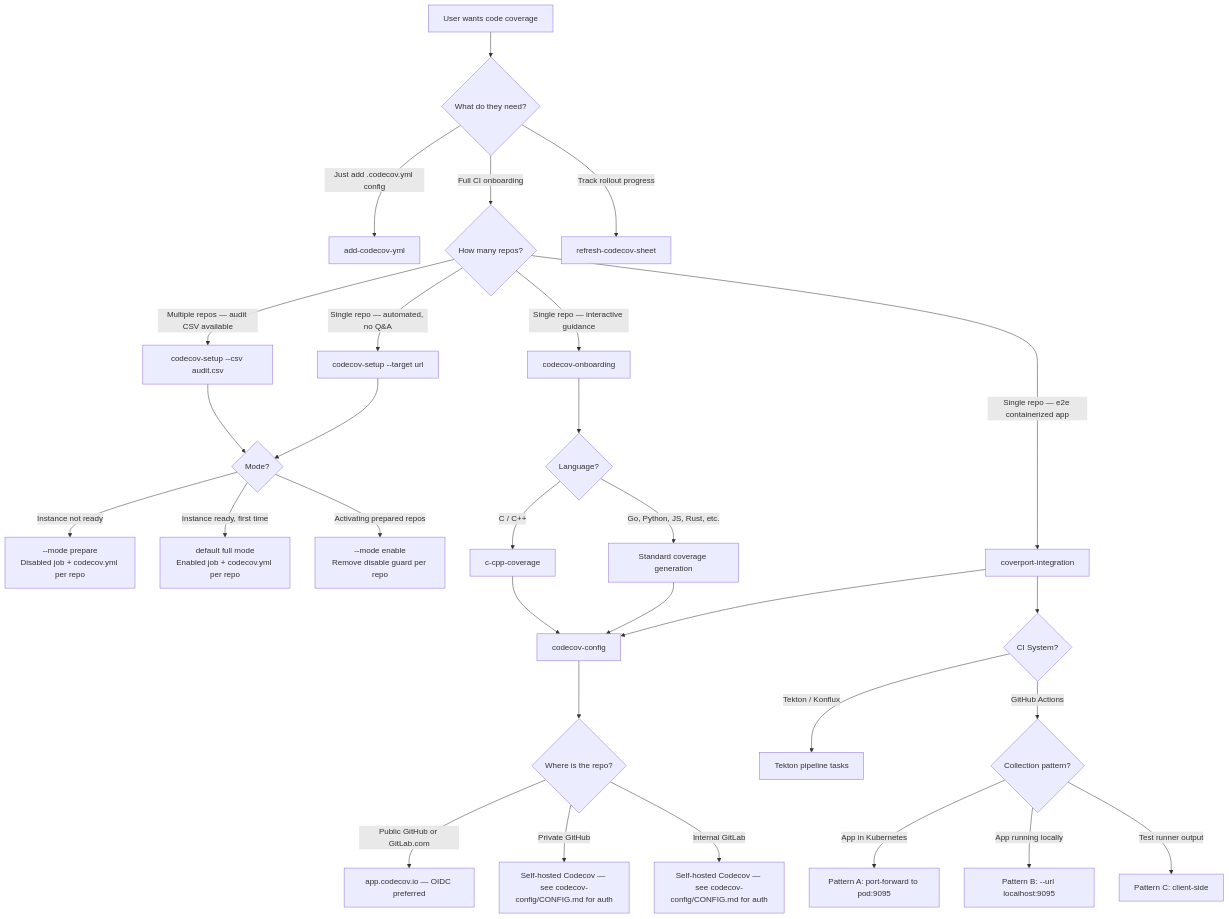
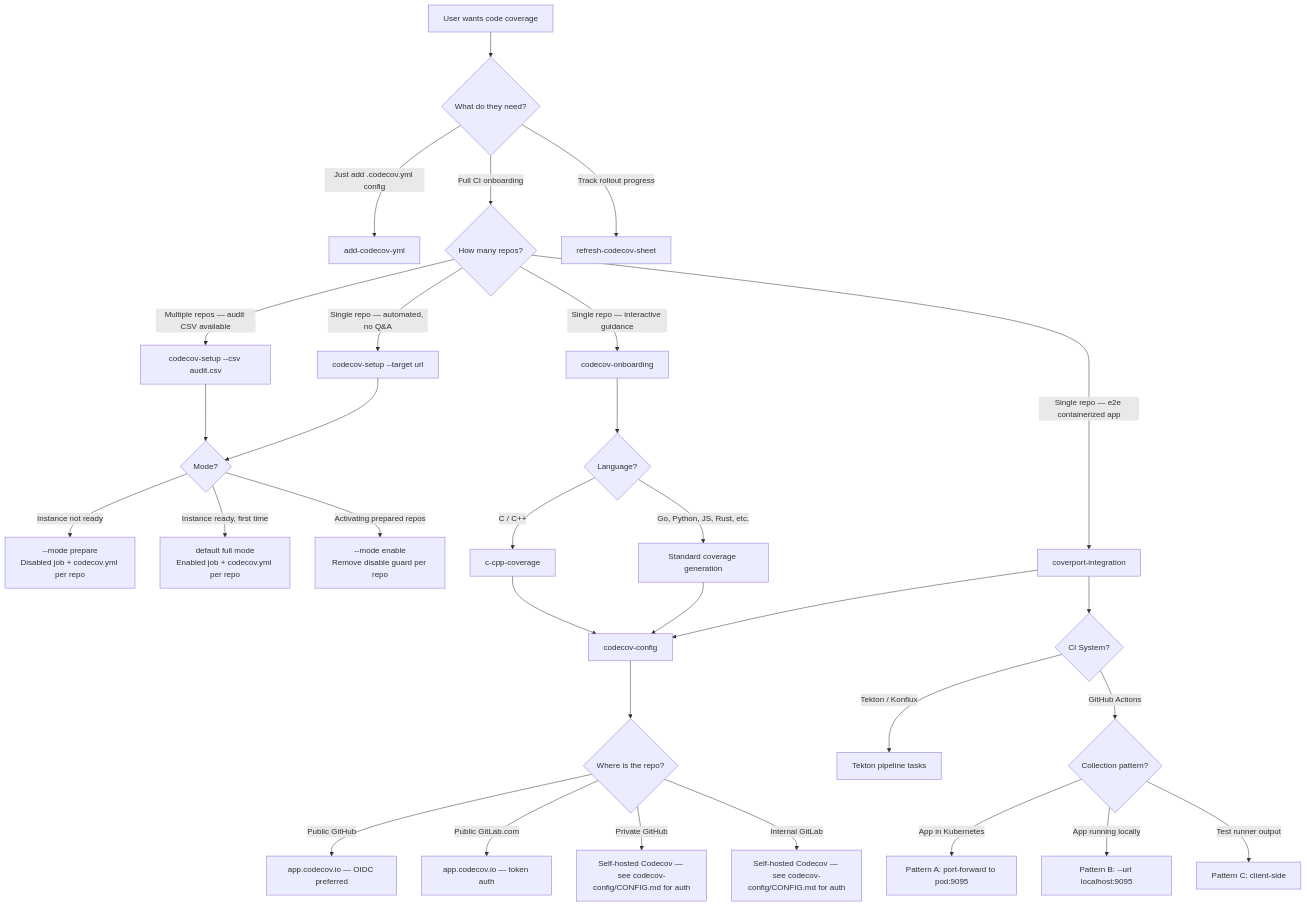
Before and after one commit to konflux-ci/coverport: the diagram in .claude/skills/DECISION_TREE.md, drawn with Mermaid.

Commit message:
fix: split DECISION_TREE GitLab.com node to use token auth not OIDC
OIDC is a GitHub Actions capability only. GitLab.com repos uploading
to app.codecov.io use token-based auth. Separate the previously merged
'Public GitHub or GitLab.com → OIDC preferred' edge into two distinct
nodes so each platform shows the correct auth method.

````diff
--- a/.claude/skills/DECISION_TREE.md
+++ b/.claude/skills/DECISION_TREE.md
@@ -3,41 +3,42 @@
 ```mermaid
 graph TD
     A[User wants code coverage] --> AA{What do they need?}
 
     AA -->|Just add .codecov.yml config| AB[add-codecov-yml]
     AA -->|Full CI onboarding| B{How many repos?}
     AA -->|Track rollout progress| AC[refresh-codecov-sheet]
 
     B -->|Multiple repos — audit CSV available| C[codecov-setup --csv audit.csv]
     B -->|Single repo — automated, no Q&A| D[codecov-setup --target url]
     B -->|Single repo — interactive guidance| E[codecov-onboarding]
     B -->|Single repo — e2e containerized app| F[coverport-integration]
 
     C --> G{Mode?}
     G -->|Instance not ready| H[--mode prepare\nDisabled job + codecov.yml per repo]
     G -->|Instance ready, first time| I[default full mode\nEnabled job + codecov.yml per repo]
     G -->|Activating prepared repos| J[--mode enable\nRemove disable guard per repo]
 
     D --> G
 
     E --> K{Language?}
     K -->|C / C++| L[c-cpp-coverage]
     K -->|Go, Python, JS, Rust, etc.| M[Standard coverage generation]
 
     L --> N[codecov-config]
     M --> N
     F --> N
 
     F --> O{CI System?}
     O -->|Tekton / Konflux| P[Tekton pipeline tasks]
     O -->|GitHub Actions| Q{Collection pattern?}
 
     Q -->|App in Kubernetes| R[Pattern A: port-forward to pod:9095]
     Q -->|App running locally| S[Pattern B: --url localhost:9095]
     Q -->|Test runner output| T[Pattern C: client-side]
 
     N --> U{Where is the repo?}
-    U -->|Public GitHub or GitLab.com| V[app.codecov.io — OIDC preferred]
+    U -->|Public GitHub| V[app.codecov.io — OIDC preferred]
+    U -->|Public GitLab.com| V2[app.codecov.io — token auth]
     U -->|Private GitHub| W[Self-hosted Codecov — see codecov-config/CONFIG.md for auth]
     U -->|Internal GitLab| X[Self-hosted Codecov — see codecov-config/CONFIG.md for auth]
 ```
````
